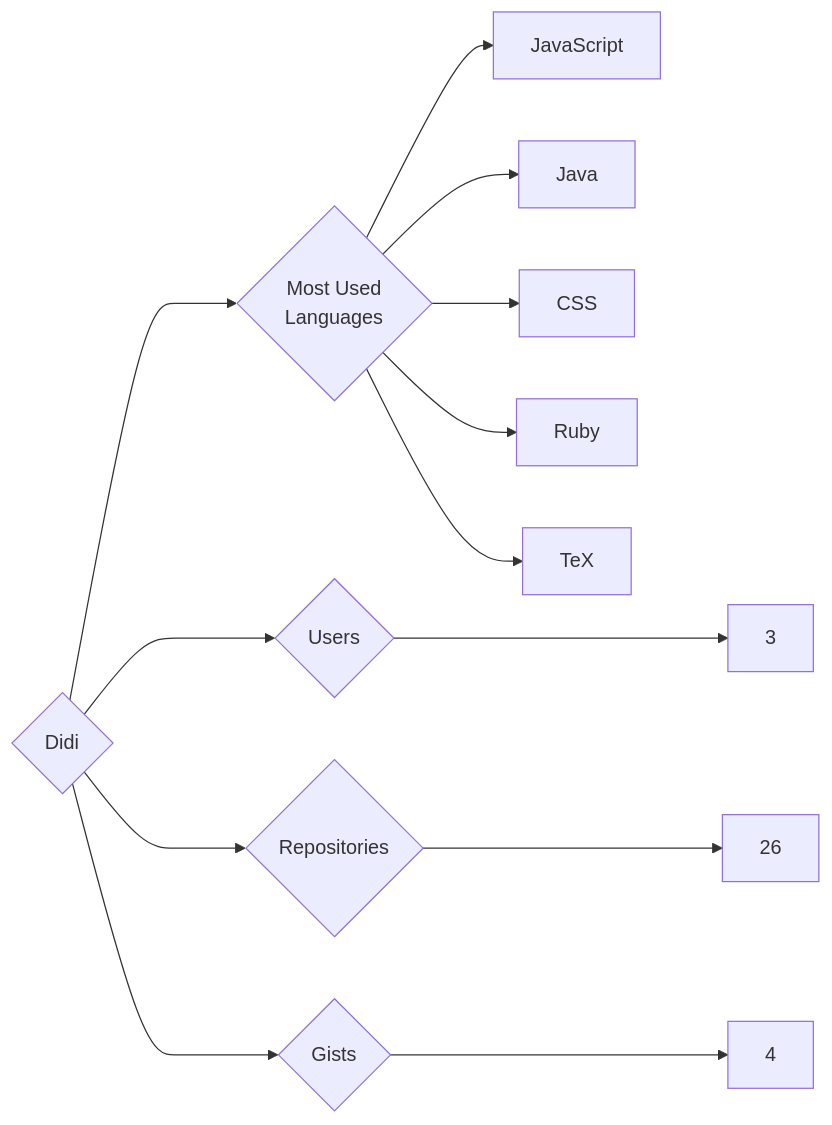
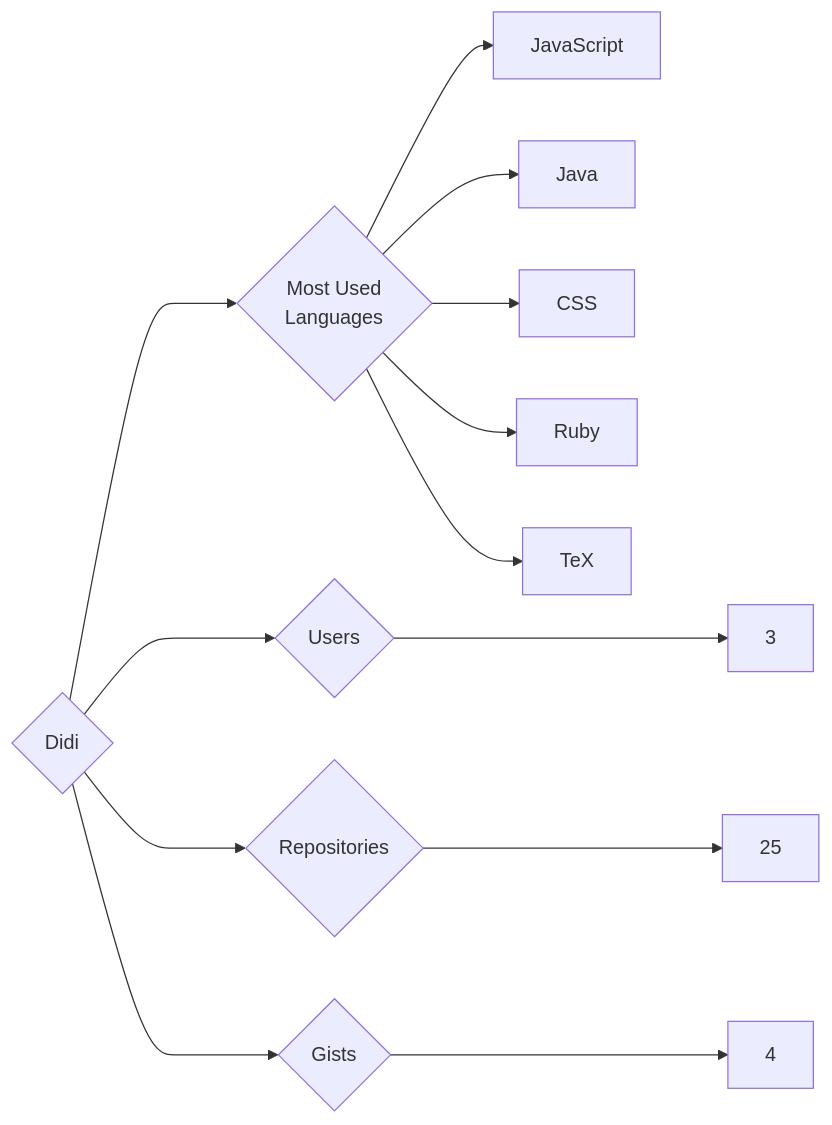
One commit to trickest/insiders changed the diagram in targets/Didi/README.md. Above: the diagram before and after it, drawn with Mermaid. The commit also changed 1023 other files, not shown here.

````diff
--- a/targets/Didi/README.md
+++ b/targets/Didi/README.md
@@ -3,13 +3,13 @@
 ```mermaid
 graph LR
 COMPANY_NAME{Didi}
 COMPANY_NAME ---> U{Users} ---> UN[3]
-COMPANY_NAME ---> R{Repositories} ---> RN[26]
+COMPANY_NAME ---> R{Repositories} ---> RN[25]
 COMPANY_NAME ---> G{Gists} ---> GN[4]
 COMPANY_NAME ---> ML{Most Used<br>Languages}
 ML --> JavaScript[JavaScript]
 ML --> Java[Java]
 ML --> CSS[CSS]
 ML --> Ruby[Ruby]
 ML --> TeX[TeX]
 ```
````
